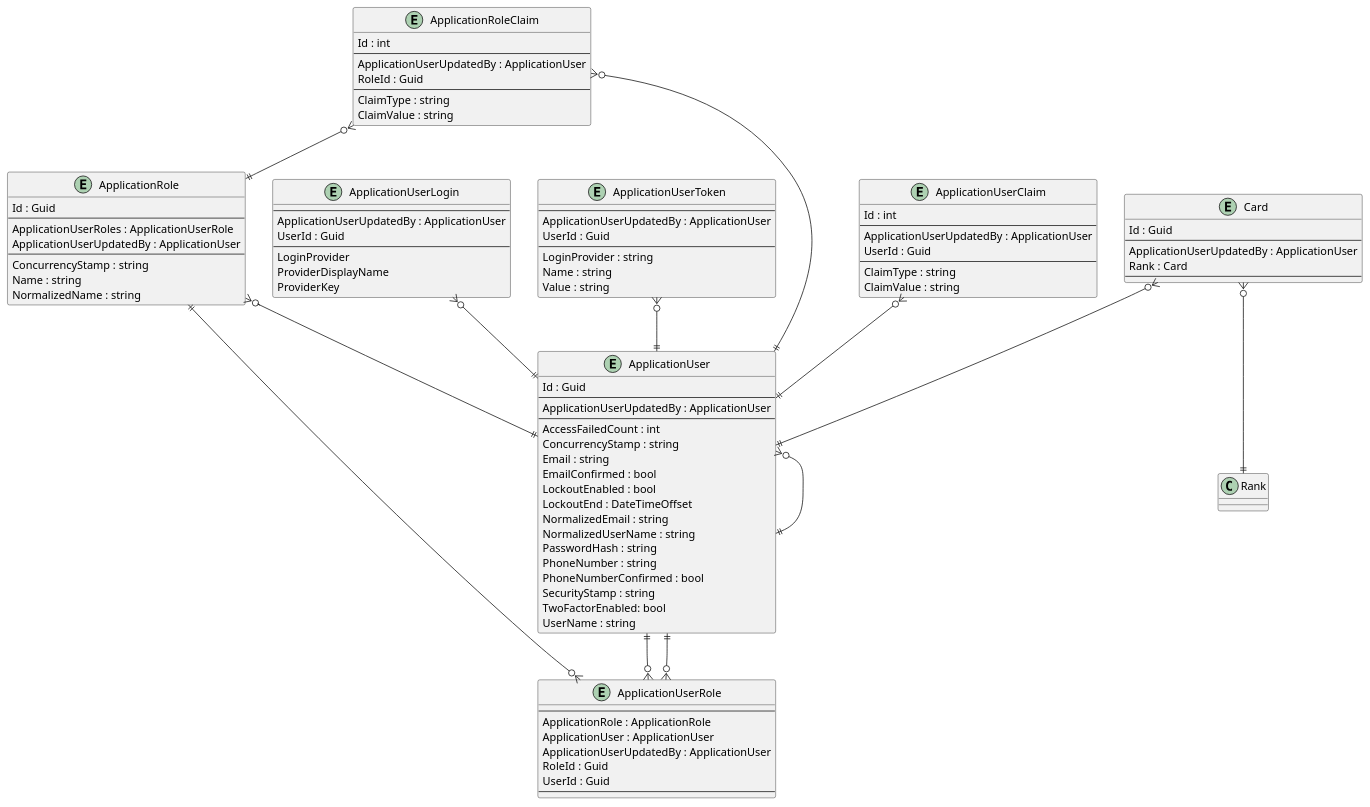
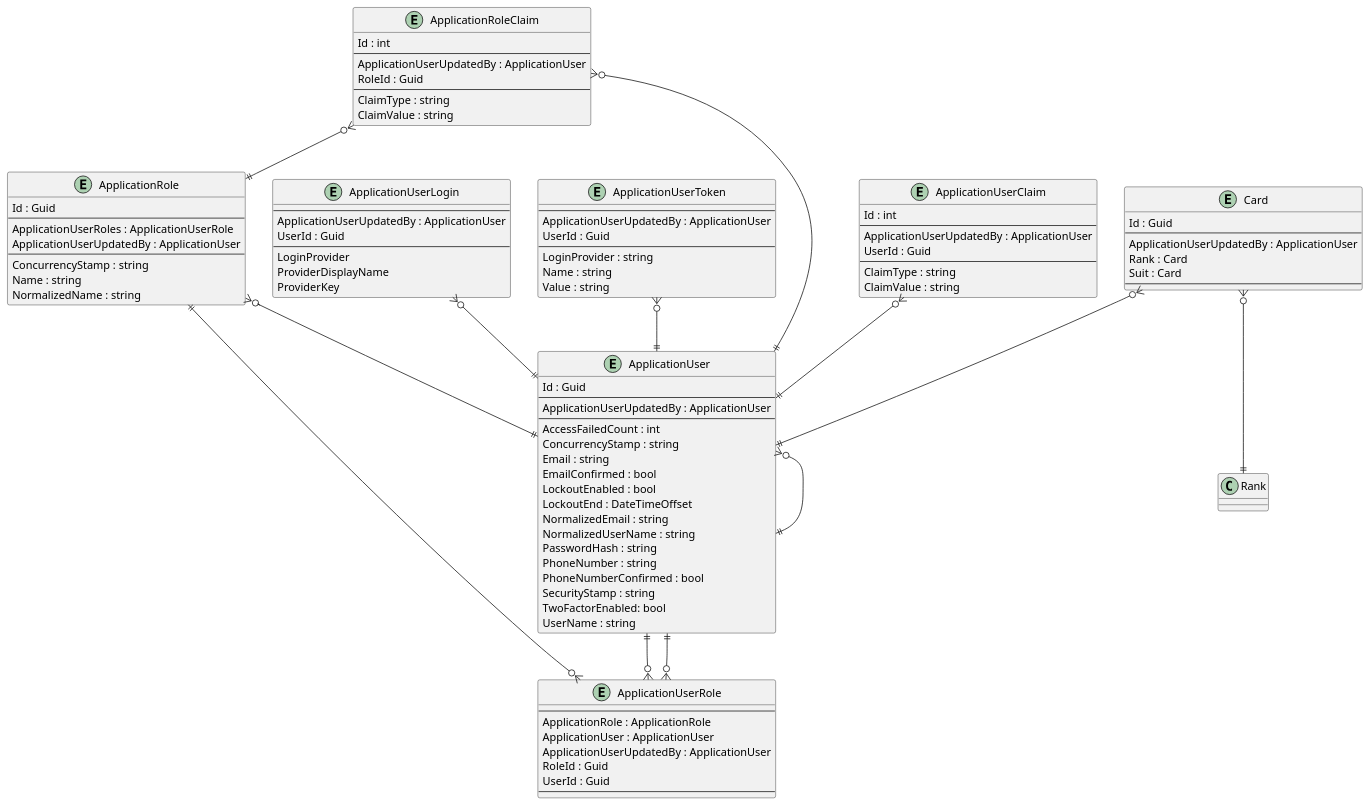
One commit to intrepion/intrepion_klondike-solitaire_csharp changed the diagram in .docs/Intrepion.KlondikeSolitaire.pu. Above: the diagram before and after it, drawn with PlantUML.

```diff
--- a/.docs/Intrepion.KlondikeSolitaire.pu
+++ b/.docs/Intrepion.KlondikeSolitaire.pu
@@ -1,113 +1,114 @@
 @startuml
 
 entity ApplicationRole {
     Id : Guid
     --
     ApplicationUserRoles : ApplicationUserRole
     ApplicationUserUpdatedBy : ApplicationUser
     --
     ConcurrencyStamp : string
     Name : string
     NormalizedName : string
 }
 
 entity ApplicationRoleClaim {
     Id : int
     --
     ApplicationUserUpdatedBy : ApplicationUser
     RoleId : Guid
     --
     ClaimType : string
     ClaimValue : string
 }
 
 entity ApplicationUser {
     Id : Guid
     --
     ApplicationUserUpdatedBy : ApplicationUser
     ' ApplicationUserKeyCodePlaceholder
     --
     AccessFailedCount : int
     ConcurrencyStamp : string
     Email : string
     EmailConfirmed : bool
     LockoutEnabled : bool
     LockoutEnd : DateTimeOffset
     NormalizedEmail : string
     NormalizedUserName : string
     PasswordHash : string
     PhoneNumber : string
     PhoneNumberConfirmed : bool
     SecurityStamp : string
     TwoFactorEnabled: bool
     UserName : string
 }
 
 entity ApplicationUserClaim {
     Id : int
     --
     ApplicationUserUpdatedBy : ApplicationUser
     UserId : Guid
     --
     ClaimType : string
     ClaimValue : string
 }
 
 entity ApplicationUserLogin {
     --
     ApplicationUserUpdatedBy : ApplicationUser
     UserId : Guid
     --
     LoginProvider
     ProviderDisplayName
     ProviderKey
 }
 
 entity ApplicationUserRole {
     --
     ApplicationRole : ApplicationRole
     ApplicationUser : ApplicationUser
     ApplicationUserUpdatedBy : ApplicationUser
     RoleId : Guid
     UserId : Guid
     --
 }
 
 entity ApplicationUserToken {
     --
     ApplicationUserUpdatedBy : ApplicationUser
     UserId : Guid
     --
     LoginProvider : string
     Name : string
     Value : string
 }
 
 entity Card {
     Id : Guid
     --
     ApplicationUserUpdatedBy : ApplicationUser
     Rank : Card
+    Suit : Card
     ' CardKeyCodePlaceholder
     --
     ' CardPropertyCodePlaceholder
 }
 
 ' EntityCodePlaceholder
 
 ApplicationRole ||--o{ ApplicationUserRole
 ApplicationRole }o--|| ApplicationUser
 ApplicationRoleClaim }o--|| ApplicationRole
 ApplicationRoleClaim }o--|| ApplicationUser
 ApplicationUser }o--|| ApplicationUser
 ApplicationUser ||--o{ ApplicationUserRole
 ApplicationUserClaim }o--|| ApplicationUser
 ApplicationUserLogin }o--|| ApplicationUser
 ApplicationUserRole }o--|| ApplicationUser
 ApplicationUserToken }o--|| ApplicationUser
 
 Card }o--|| ApplicationUser
 Card }o--|| Rank
 ' RelationshipCodePlaceholder
 
 @enduml
```
